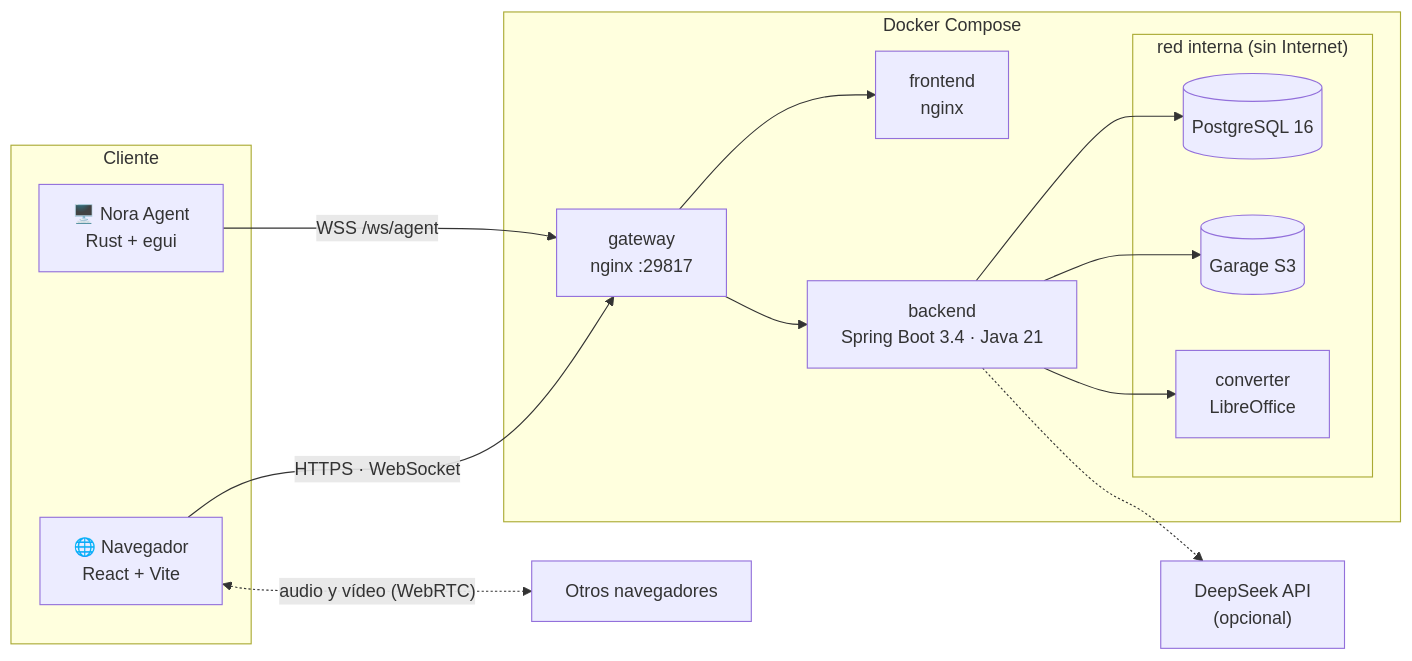
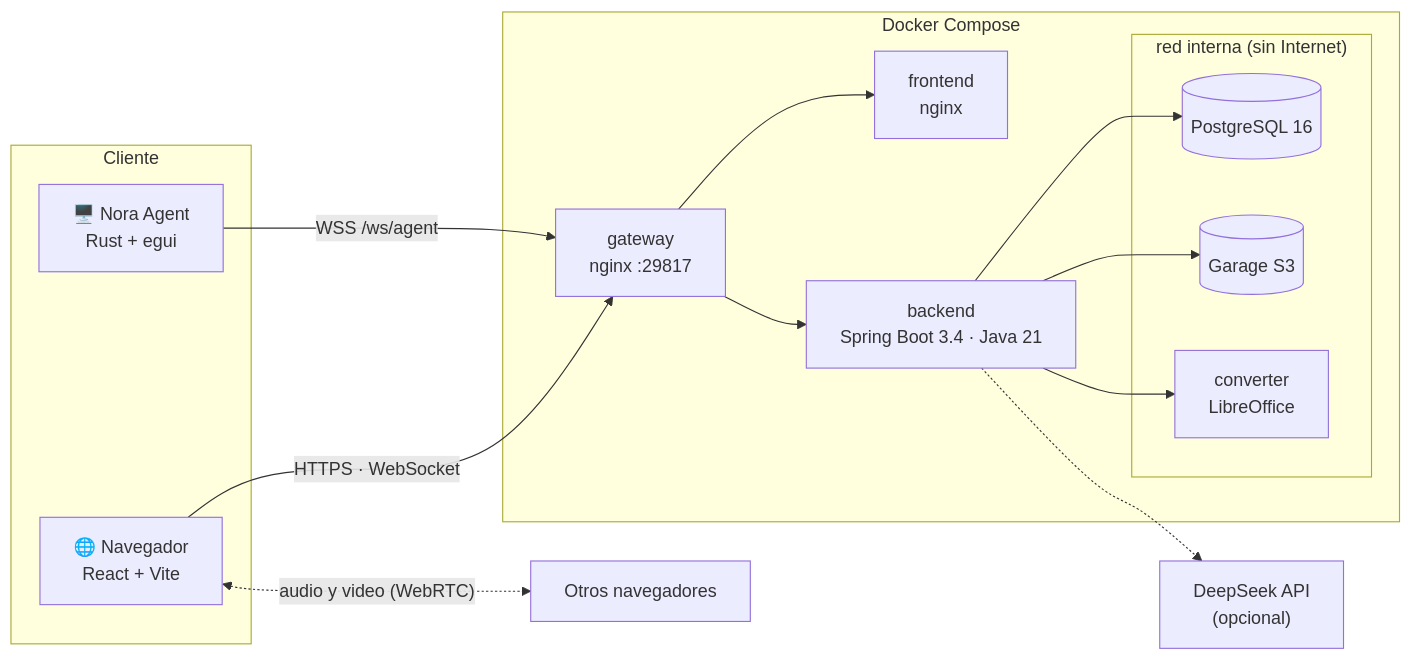
One commit to Tecsharp/Nora changed the diagram in README.md. Above: the diagram before and after it, drawn with Mermaid. The commit also changed other lines of this file and 92 other files, not shown here.

````diff
--- a/README.md
+++ b/README.md
@@ -151,31 +151,31 @@
 ```mermaid
 flowchart LR
     subgraph Cliente
         B["🌐 Navegador<br/>React + Vite"]
         A["🖥️ Nora Agent<br/>Rust + egui"]
     end
 
     subgraph Docker["Docker Compose"]
         G["gateway<br/>nginx :29817"]
         F["frontend<br/>nginx"]
         BE["backend<br/>Spring Boot 3.4 · Java 21"]
         subgraph Interna["red interna (sin Internet)"]
             DB[("PostgreSQL 16")]
             S3[("Garage S3")]
             CV["converter<br/>LibreOffice"]
         end
     end
 
     AI["DeepSeek API<br/>(opcional)"]
     P["Otros navegadores"]
 
     B -->|HTTPS · WebSocket| G
     A -->|WSS /ws/agent| G
     G --> F
     G --> BE
     BE --> DB
     BE --> S3
     BE --> CV
     BE -.-> AI
-    B <-.->|"audio y vídeo (WebRTC)"| P
+    B <-.->|"audio y video (WebRTC)"| P
 ```
````
